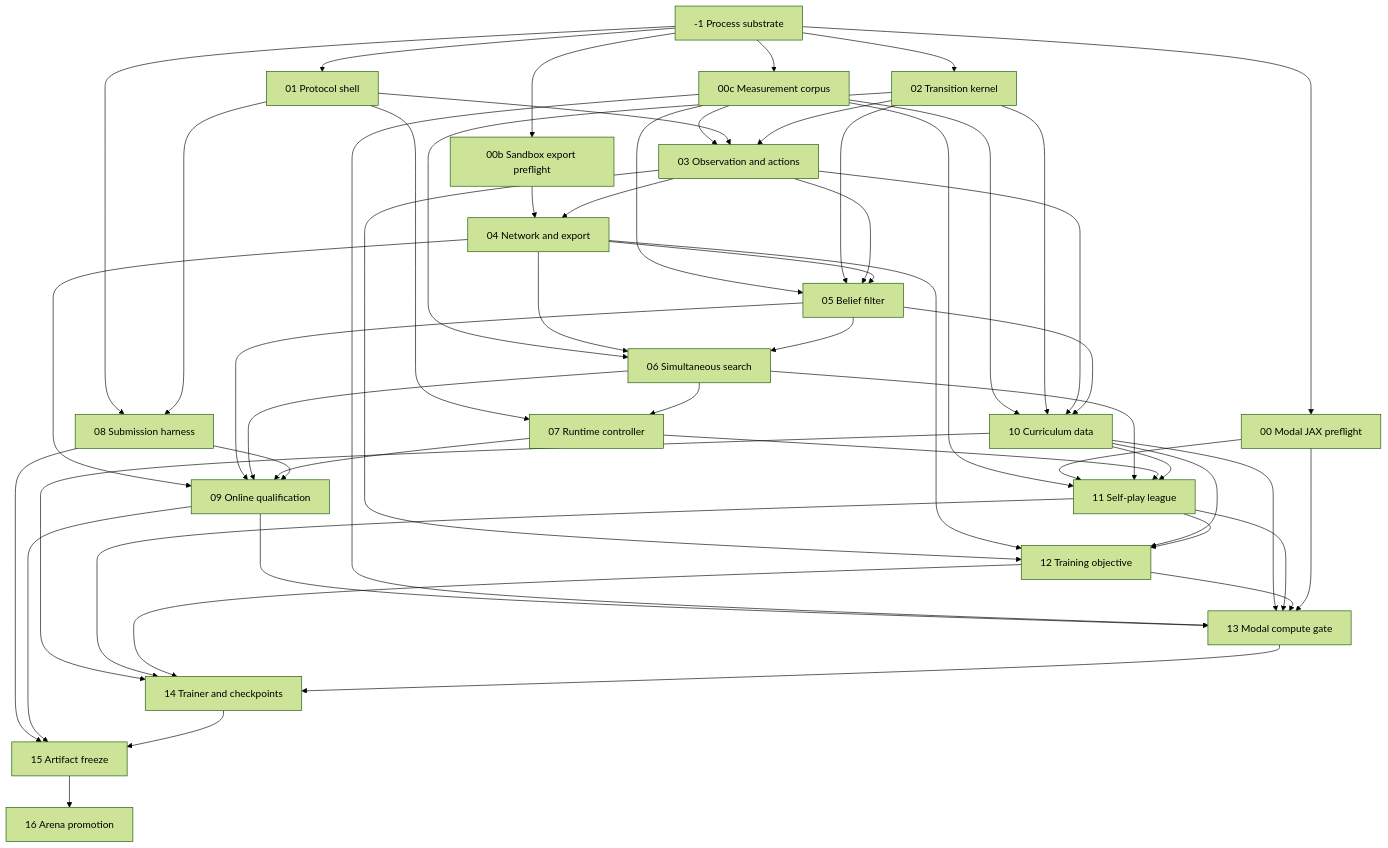
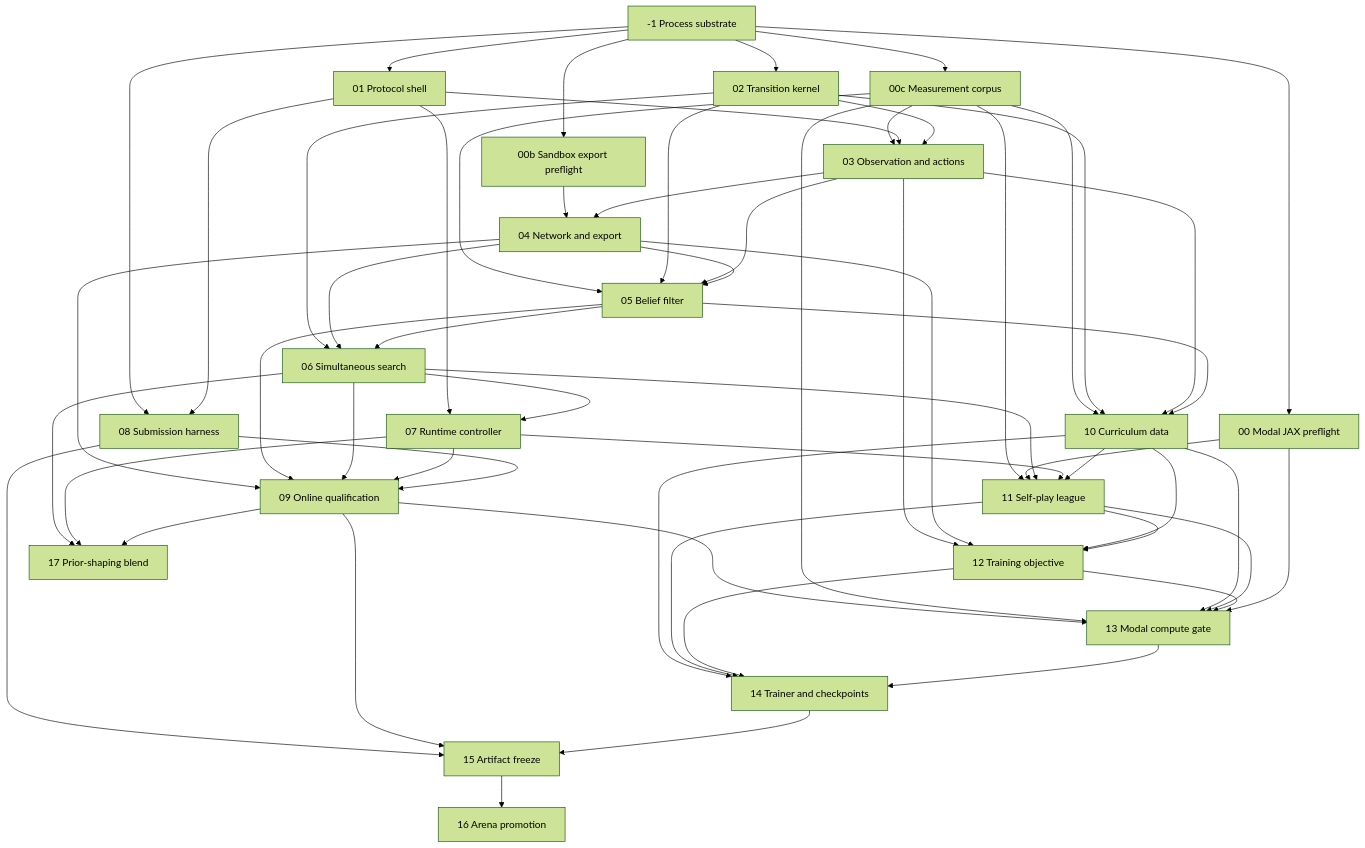
Before and after one commit to bystronerik/generals-arena: the diagram in docs/morpheus-implementation/index.md, drawn with Mermaid (forest theme). The commit also changed other lines of this file and 1 other file, not shown here.

Commit message:
Plan Part 17: bounded prior-shaping blend.
The heuristic root reshape multiplies the network prior by scores spanning
~5 orders of magnitude, so the heuristic picks the action class and the net
only ranks within it. That was rational against the retired int8 artifact;
against the float32 deployment it suppresses the learned policy.

Part 17 specifies the log-space blend with a lambda trust knob, a clip
bound, and a relative prior floor, plus the probe fields and the
ablation-then-sweep measurement order. No code changes yet.

````diff
--- a/docs/morpheus-implementation/index.md
+++ b/docs/morpheus-implementation/index.md
@@ -63,77 +67,81 @@
 ```mermaid
 flowchart TD
     PN1["-1 Process substrate"]
     P00["00 Modal JAX preflight"]
     P00B["00b Sandbox export preflight"]
     P00C["00c Measurement corpus"]
     P01["01 Protocol shell"]
     P02["02 Transition kernel"]
     P03["03 Observation and actions"]
     P04["04 Network and export"]
     P05["05 Belief filter"]
     P06["06 Simultaneous search"]
     P07["07 Runtime controller"]
     P08["08 Submission harness"]
     P09["09 Online qualification"]
     P10["10 Curriculum data"]
     P11["11 Self-play league"]
     P12["12 Training objective"]
     P13["13 Modal compute gate"]
     P14["14 Trainer and checkpoints"]
     P15["15 Artifact freeze"]
     P16["16 Arena promotion"]
+    P17["17 Prior-shaping blend"]
 
     PN1 --> P00
     PN1 --> P00B
     PN1 --> P00C
     PN1 --> P01
     PN1 --> P02
     PN1 --> P08
     P00B --> P04
     P00C --> P03
     P00C --> P05
     P00C --> P10
     P00C --> P11
     P01 --> P03
     P01 --> P08
     P02 --> P03
     P03 --> P04
     P02 --> P05
     P03 --> P05
     P04 --> P05
     P02 --> P06
     P04 --> P06
     P05 --> P06
     P01 --> P07
     P06 --> P07
     P04 --> P09
     P05 --> P09
     P06 --> P09
     P07 --> P09
     P08 --> P09
     P02 --> P10
     P03 --> P10
     P05 --> P10
     P00 --> P11
     P06 --> P11
     P07 --> P11
     P10 --> P11
     P03 --> P12
     P04 --> P12
     P10 --> P12
     P11 --> P12
     P09 --> P13
     P00C --> P13
     P10 --> P13
     P11 --> P13
     P12 --> P13
     P00 --> P13
     P10 --> P14
     P11 --> P14
     P12 --> P14
     P13 --> P14
     P08 --> P15
     P09 --> P15
     P14 --> P15
     P15 --> P16
+    P06 --> P17
+    P07 --> P17
+    P09 --> P17
 ```
````
